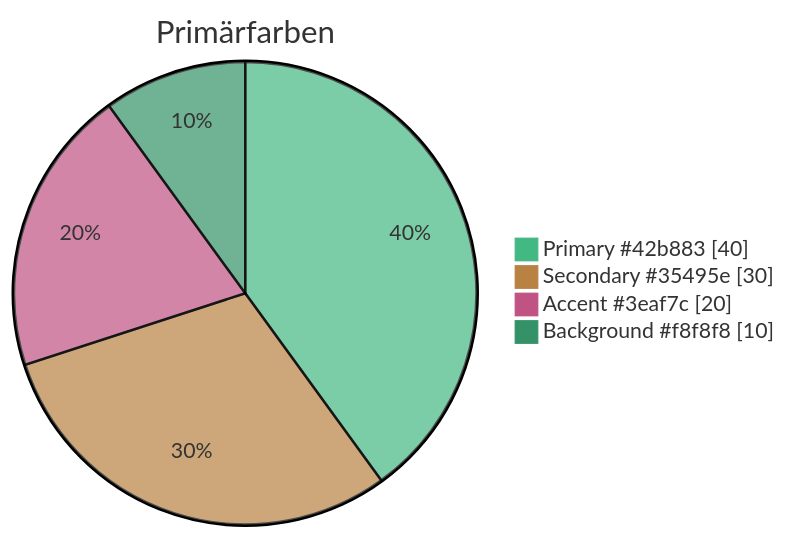
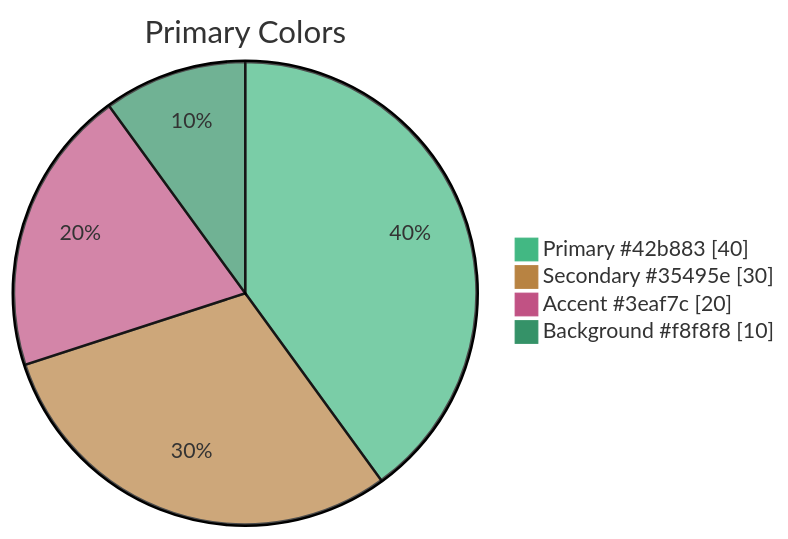
The second of 3 diagrams in docs/dev/design.md (woped/woped-next), drawn with Mermaid before and after one commit. The commit also changed other lines of this file and 24 other files, not shown here.

````diff
--- a/docs/dev/design.md
+++ b/docs/dev/design.md
@@ -26,9 +26,9 @@
 ```mermaid
 %%{init: {'theme': 'base', 'themeVariables': { 'primaryColor': '#42b883'}}}%%
 pie showData
-    title Primärfarben
+    title Primary Colors
     "Primary #42b883" : 40
     "Secondary #35495e" : 30
     "Accent #3eaf7c" : 20
     "Background #f8f8f8" : 10
 ```
````
